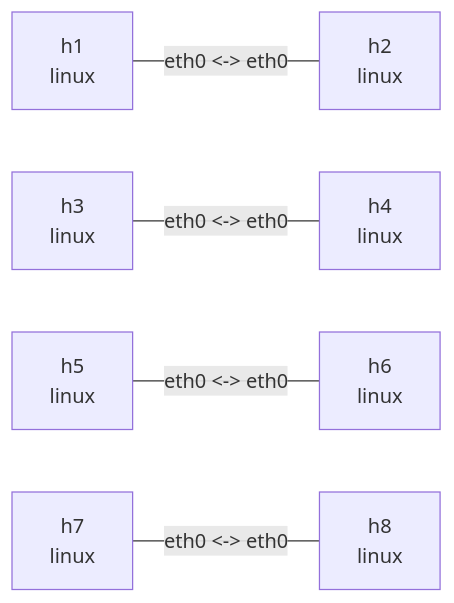
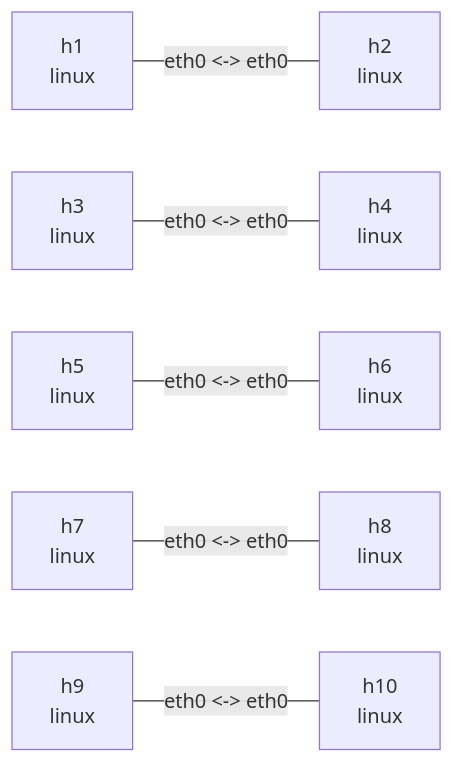
The diagram in docs/examples/qdisc.md (calcky/nslab), drawn with Mermaid before and after one commit. The commit also changed other lines of this file and 8 other files, not shown here.

````diff
--- a/docs/examples/qdisc.md
+++ b/docs/examples/qdisc.md
@@ -14,15 +14,18 @@
 ```mermaid
 flowchart LR
     n0["h1\nlinux"]
     n1["h2\nlinux"]
     n2["h3\nlinux"]
     n3["h4\nlinux"]
     n4["h5\nlinux"]
     n5["h6\nlinux"]
     n6["h7\nlinux"]
     n7["h8\nlinux"]
     n0 -- "eth0 <-> eth0" --- n1
     n2 -- "eth0 <-> eth0" --- n3
     n4 -- "eth0 <-> eth0" --- n5
     n6 -- "eth0 <-> eth0" --- n7
+    n8["h9\nlinux"]
+    n9["h10\nlinux"]
+    n8 -- "eth0 <-> eth0" --- n9
 ```
````
